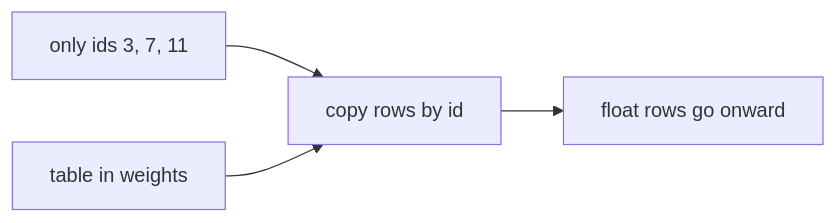
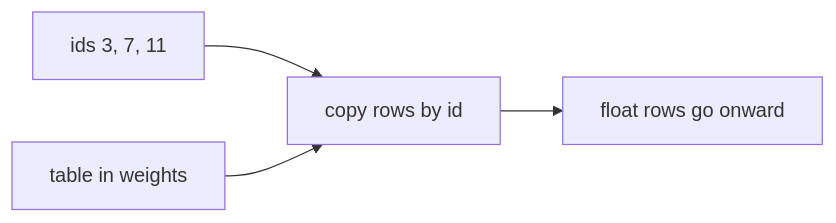
Before and after one commit to chaxus/arche: the diagram in web/src/content/beginner/en/embedding.md, drawn with Mermaid. The commit also changed other lines of this file and 3 other files, not shown here.

````diff
--- a/web/src/content/beginner/en/embedding.md
+++ b/web/src/content/beginner/en/embedding.md
@@ -51,6 +33,6 @@
 ```mermaid
 flowchart LR
-  ids["only ids 3, 7, 11"] --> copy[copy rows by id]
+  ids["ids 3, 7, 11"] --> copy[copy rows by id]
   table[table in weights] --> copy
-  copy --> nums["float rows go onward"]
+  copy --> nums[float rows go onward]
 ```
````
